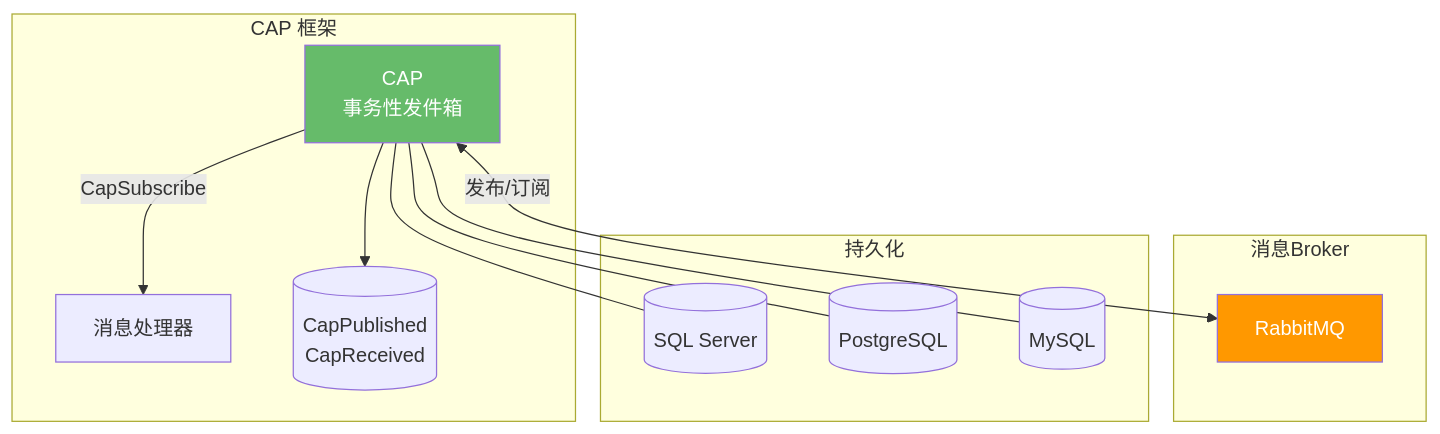
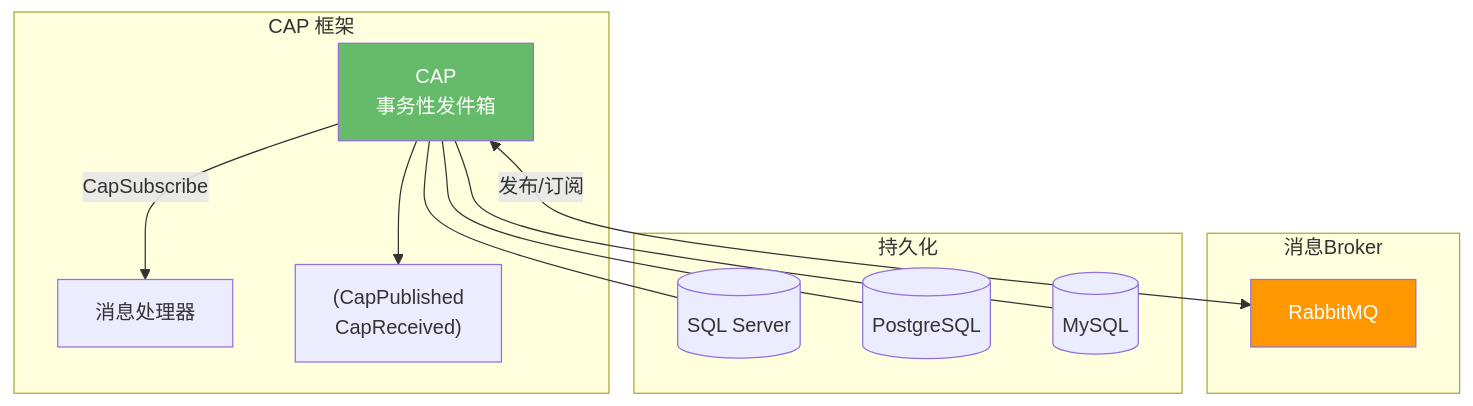
One commit to moklgydocs/moklgydocs.github.io changed the seventh of 9 diagrams in src/后端开发/RabbitMQ/09_生产级架构设计/01_微服务事件驱动架构.md. Above: the diagram before and after it, drawn with Mermaid. The commit also changed other lines of this file and 178 other files, not shown here.

First line of the commit message:
fix: 修复 mermaid 图表语法错误 - 为含 <br/> 的标签添加引号、修复未闭合引号

````diff
--- a/src/后端开发/RabbitMQ/09_生产级架构设计/01_微服务事件驱动架构.md
+++ b/src/后端开发/RabbitMQ/09_生产级架构设计/01_微服务事件驱动架构.md
@@ -415,27 +415,27 @@
 ```mermaid
 flowchart TB
     subgraph CAP 框架
-        CAP[CAP<br/>事务性发件箱]
+        CAP["CAP<br/>事务性发件箱"]
         CAP --> |CapSubscribe| H[消息处理器]
-        CAP --> DB[(CapPublished<br/>CapReceived)]
+        CAP --> DB["(CapPublished<br/>CapReceived)"]
     end
 
     subgraph 消息Broker
         RMQ[RabbitMQ]
     end
 
     CAP <-->|发布/订阅| RMQ
 
     subgraph 持久化
         SQL[(SQL Server)]
         PG[(PostgreSQL)]
         MY[(MySQL)]
     end
 
     CAP --- SQL
     CAP --- PG
     CAP --- MY
 
     style CAP fill:#66BB6A,color:#fff
     style RMQ fill:#FF9800,color:#fff
 ```
````
